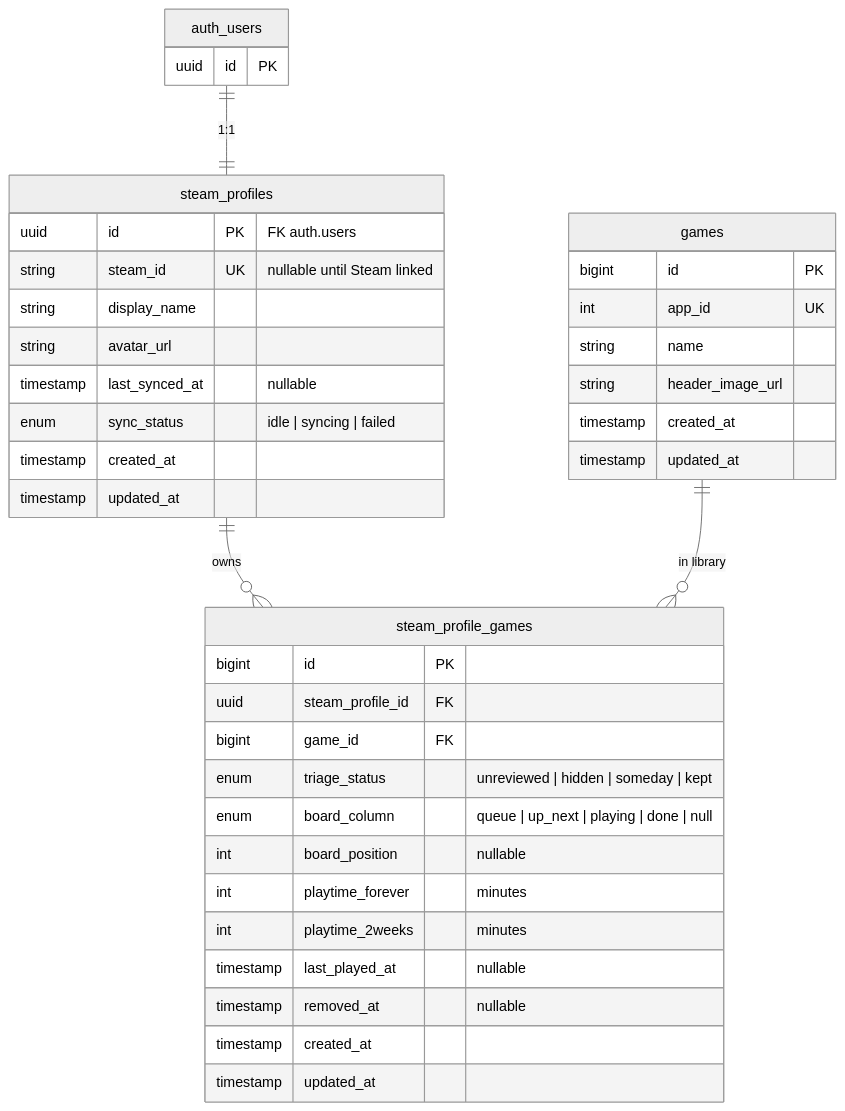
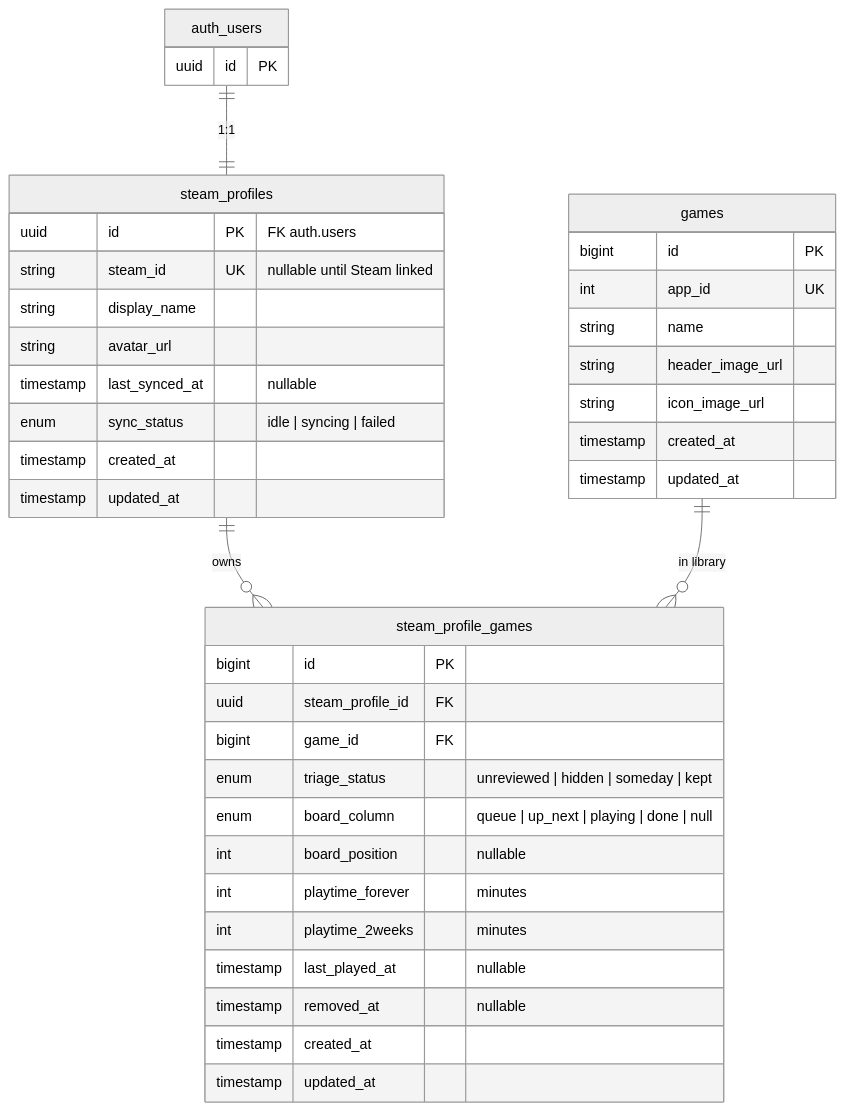
One commit to maxBRT/steam-backlog changed the diagram in docs/data-model.md. Above: the diagram before and after it, drawn with Mermaid (neutral theme). The commit also changed other lines of this file and 11 other files, not shown here.

````diff
--- a/docs/data-model.md
+++ b/docs/data-model.md
@@ -14,45 +14,46 @@
 ```mermaid
 erDiagram
     auth_users ||--|| steam_profiles : "1:1"
     steam_profiles ||--o{ steam_profile_games : owns
     games ||--o{ steam_profile_games : "in library"
 
     auth_users {
         uuid id PK
     }
 
     steam_profiles {
         uuid id PK "FK auth.users"
         string steam_id UK "nullable until Steam linked"
         string display_name
         string avatar_url
         timestamp last_synced_at "nullable"
         enum sync_status "idle | syncing | failed"
         timestamp created_at
         timestamp updated_at
     }
 
     games {
         bigint id PK
         int app_id UK
         string name
         string header_image_url
+        string icon_image_url
         timestamp created_at
         timestamp updated_at
     }
 
     steam_profile_games {
         bigint id PK
         uuid steam_profile_id FK
         bigint game_id FK
         enum triage_status "unreviewed | hidden | someday | kept"
         enum board_column "queue | up_next | playing | done | null"
         int board_position "nullable"
         int playtime_forever "minutes"
         int playtime_2weeks "minutes"
         timestamp last_played_at "nullable"
         timestamp removed_at "nullable"
         timestamp created_at
         timestamp updated_at
     }
 ```
````
